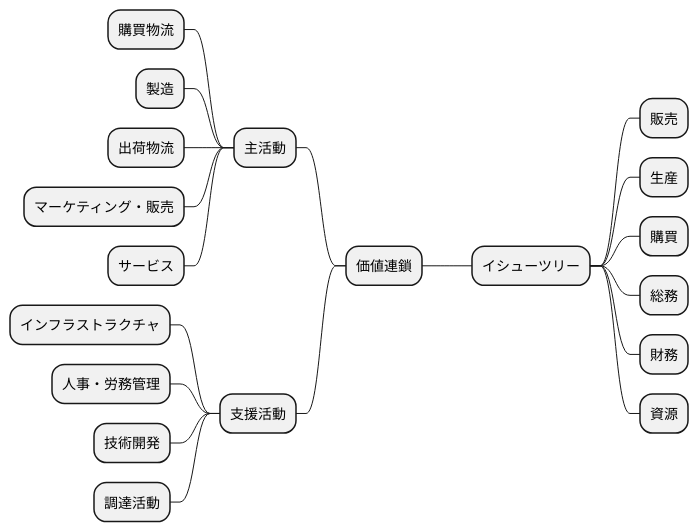
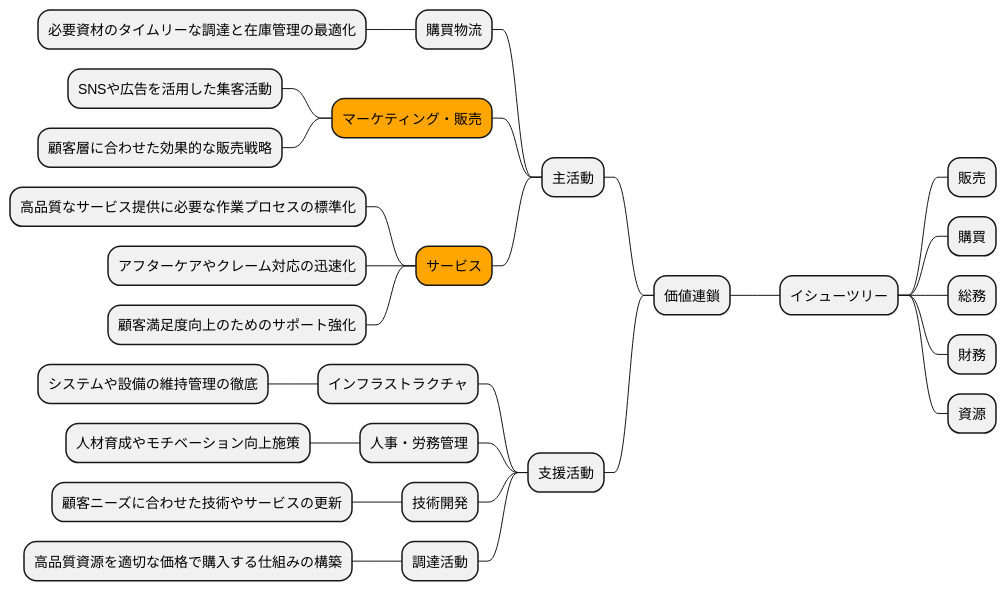
One commit to k2works/case-sutudy-business-analysis changed diagram 12 of 16 in docs/case/r01_case_2.adoc. Above: the diagram before and after it, drawn with PlantUML. The commit also changed other lines of this file, not shown here.

```diff
--- a/docs/case/r01_case_2.adoc
+++ b/docs/case/r01_case_2.adoc
@@ -351,27 +427,34 @@
 [plantuml]
 ----
 @startmindmap
 
 * イシューツリー
 ** 販売
-** 生産
 ** 購買
 ** 総務
 ** 財務
 ** 資源
 left side
 ** 価値連鎖
 *** 主活動
 **** 購買物流
-**** 製造
-**** 出荷物流
-**** マーケティング・販売
-**** サービス
+***** 必要資材のタイムリーな調達と在庫管理の最適化
+****[#orange] マーケティング・販売
+***** SNSや広告を活用した集客活動
+***** 顧客層に合わせた効果的な販売戦略
+****[#orange] サービス
+***** 高品質なサービス提供に必要な作業プロセスの標準化
+***** アフターケアやクレーム対応の迅速化
+***** 顧客満足度向上のためのサポート強化
 *** 支援活動
 **** インフラストラクチャ
+***** システムや設備の維持管理の徹底
 **** 人事・労務管理
+***** 人材育成やモチベーション向上施策
 **** 技術開発
+***** 顧客ニーズに合わせた技術やサービスの更新
 **** 調達活動
+***** 高品質資源を適切な価格で購入する仕組みの構築
 
 @endmindmap
 ----
```
